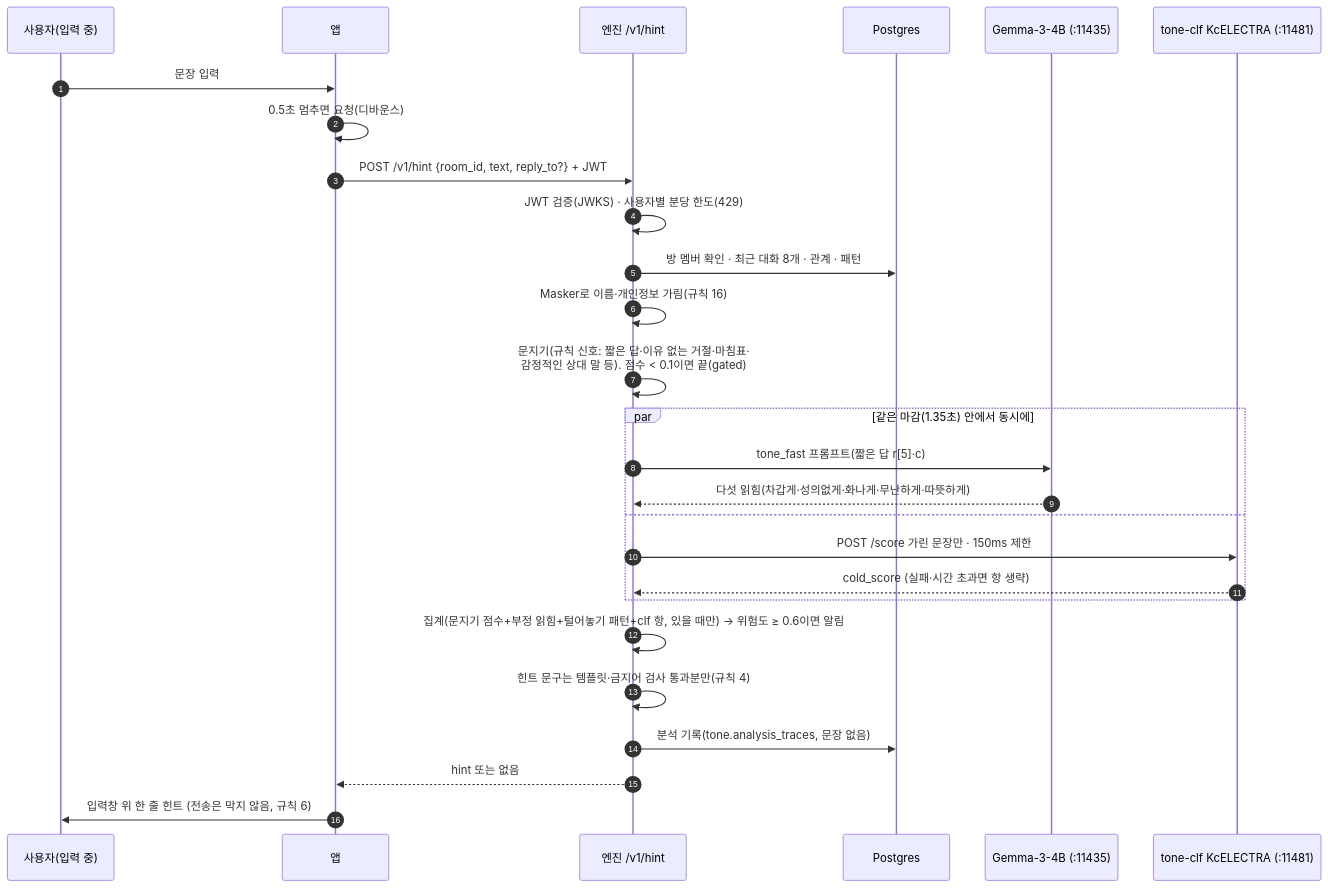
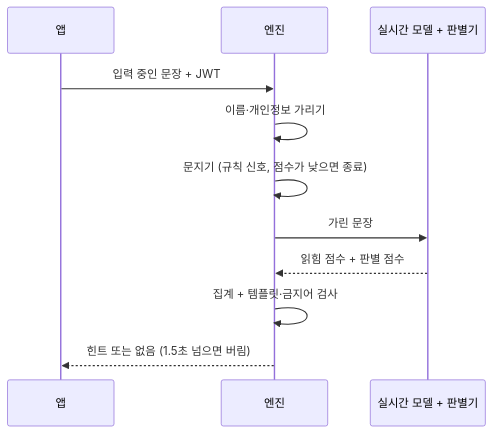
The second of 3 diagrams in docs/architecture-diagrams.md (Daegyu519/Adventure_Design), drawn with Mermaid before and after one commit. The commit also changed other lines of this file and 13 other files, not shown here.

````diff
--- a/docs/architecture-diagrams.md
+++ b/docs/architecture-diagrams.md
@@ -79,30 +46,13 @@
 ```mermaid
 sequenceDiagram
-  autonumber
-  participant U as 사용자(입력 중)
   participant A as 앱
-  participant E as 엔진 /v1/hint
-  participant D as Postgres
-  participant G as Gemma-3-4B (:11435)
-  participant K as tone-clf KcELECTRA (:11481)
-
-  U->>A: 문장 입력
-  A->>A: 0.5초 멈추면 요청(디바운스)
-  A->>E: POST /v1/hint {room_id, text, reply_to?} + JWT
-  E->>E: JWT 검증(JWKS) · 사용자별 분당 한도(429)
-  E->>D: 방 멤버 확인 · 최근 대화 8개 · 관계 · 패턴
-  E->>E: Masker로 이름·개인정보 가림(규칙 16)
-  E->>E: 문지기(규칙 신호: 짧은 답·이유 없는 거절·마침표·<br/>감정적인 상대 말 등). 점수 < 0.1이면 끝(gated)
-  par 같은 마감(1.35초) 안에서 동시에
-    E->>G: tone_fast 프롬프트(짧은 답 r[5]·c)
-    G-->>E: 다섯 읽힘(차갑게·성의없게·화나게·무난하게·따뜻하게)
-  and
-    E->>K: POST /score 가린 문장만 · 150ms 제한
-    K-->>E: cold_score (실패·시간 초과면 항 생략)
-  end
-  E->>E: 집계(문지기 점수+부정 읽힘+털어놓기 패턴+clf 항, 있을 때만) → 위험도 ≥ 0.6이면 알림
-  E->>E: 힌트 문구는 템플릿·금지어 검사 통과분만(규칙 4)
-  E->>D: 분석 기록(tone.analysis_traces, 문장 없음)
-  E-->>A: hint 또는 없음
-  A->>U: 입력창 위 한 줄 힌트 (전송은 막지 않음, 규칙 6)
+  participant E as 엔진
+  participant M as 실시간 모델 + 판별기
+  A->>E: 입력 중인 문장 + JWT
+  E->>E: 이름·개인정보 가리기
+  E->>E: 문지기 (규칙 신호, 점수가 낮으면 종료)
+  E->>M: 가린 문장
+  M-->>E: 읽힘 점수 + 판별 점수
+  E->>E: 집계 + 템플릿·금지어 검사
+  E-->>A: 힌트 또는 없음 (1.5초 넘으면 버림)
 ```
````
